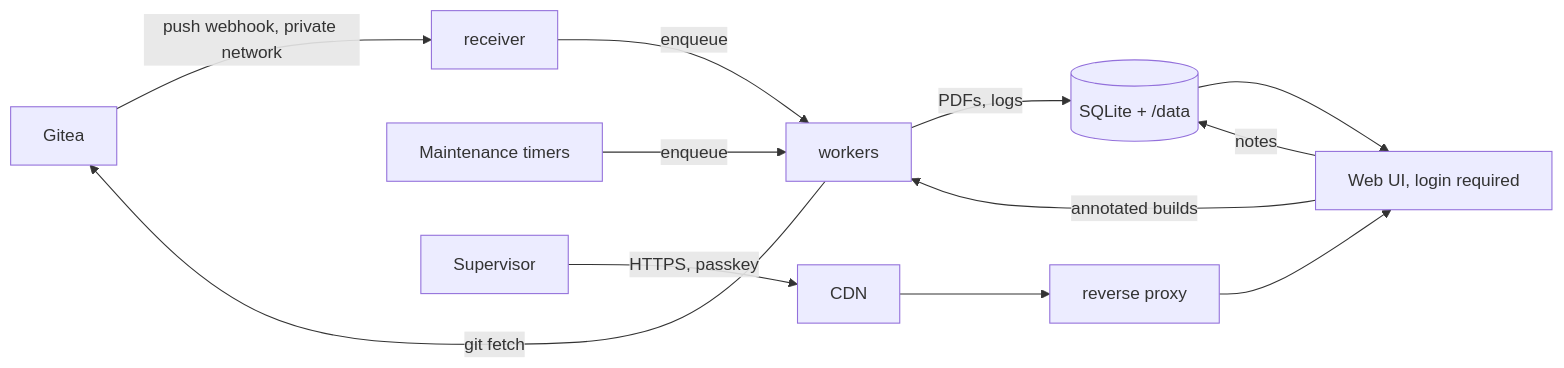
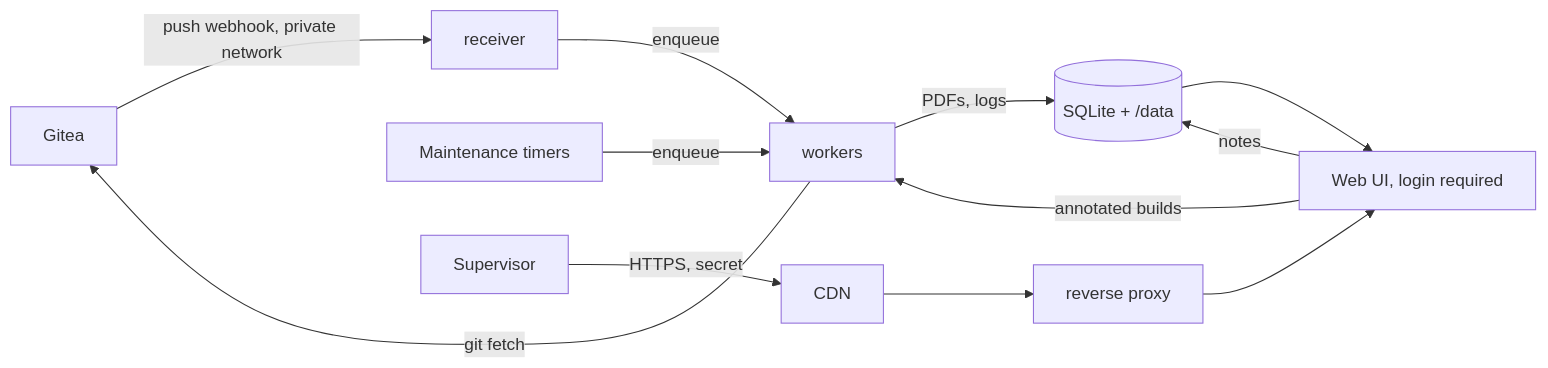
The diagram in Typst Review Server — Implementation Brief.md (benmandrew/margins), drawn with Mermaid before and after one commit. The commit also changed other lines of this file and 18 other files, not shown here.

First line of the commit message:
feat: log in with each user's secret instead of a passkey

````diff
--- a/Typst Review Server — Implementation Brief.md
+++ b/Typst Review Server — Implementation Brief.md
@@ -18,12 +18,12 @@
 ```mermaid
 flowchart LR
   gitea[Gitea] -- push webhook, private network --> receiver
   receiver -- enqueue --> workers
   timers[Maintenance timers] -- enqueue --> workers
   workers -- git fetch --> gitea
   workers -- PDFs, logs --> store[(SQLite + /data)]
   ui[Web UI, login required] -- notes --> store
   store --> ui
   ui -- annotated builds --> workers
-  supervisor[Supervisor] -- HTTPS, passkey --> cdn[CDN] --> proxy[reverse proxy] --> ui
+  supervisor[Supervisor] -- HTTPS, secret --> cdn[CDN] --> proxy[reverse proxy] --> ui
 ```
````
